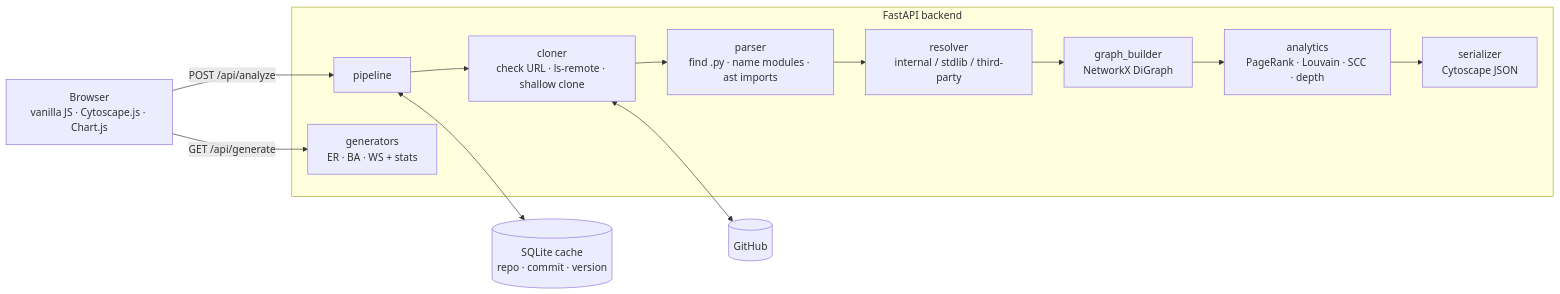
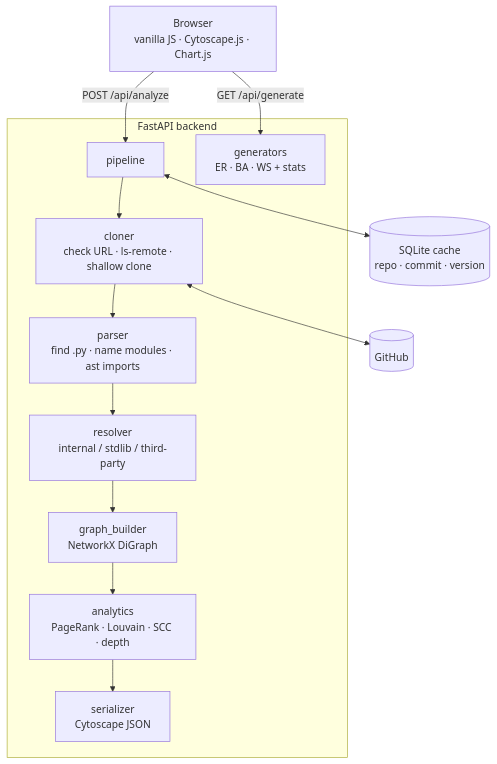
Before and after one commit to Vivansh-07/RepoAtlas: the diagram in README.md, drawn with Mermaid.

Commit message:
docs: lay the architecture diagram out top to bottom
Left-to-right put seven boxes in one row, so GitHub shrank the text to
unreadable. Mermaid ignores a subgraph's own direction when its nodes link
outside it (cache, GitHub), so the whole chart now flows top to bottom.
Checked by rendering it with Mermaid 11 in headless Chrome.

````diff
--- a/README.md
+++ b/README.md
@@ -90,16 +90,16 @@
 ```mermaid
-flowchart LR
+flowchart TB
     B["Browser<br/>vanilla JS · Cytoscape.js · Chart.js"] -->|"POST /api/analyze"| P
     B -->|"GET /api/generate"| GEN
     subgraph S["FastAPI backend"]
         P["pipeline"] --> CL["cloner<br/>check URL · ls-remote · shallow clone"]
         CL --> PA["parser<br/>find .py · name modules · ast imports"]
         PA --> RE["resolver<br/>internal / stdlib / third-party"]
         RE --> GB["graph_builder<br/>NetworkX DiGraph"]
         GB --> AN["analytics<br/>PageRank · Louvain · SCC · depth"]
         AN --> SE["serializer<br/>Cytoscape JSON"]
         GEN["generators<br/>ER · BA · WS + stats"]
     end
     P <--> DB[("SQLite cache<br/>repo · commit · version")]
     CL <--> GH[("GitHub")]
 ```
````
